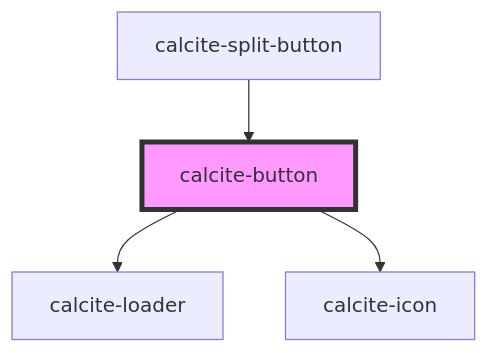
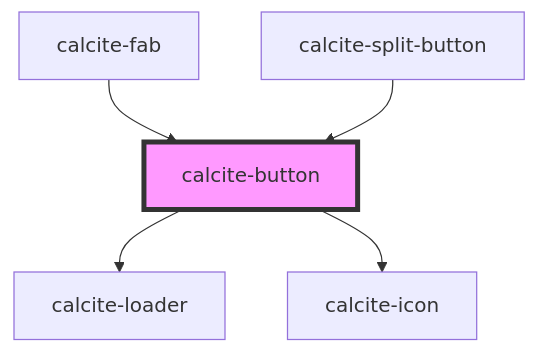
One commit to Esri/calcite-design-system changed the diagram in src/components/calcite-button/readme.md. Above: the diagram before and after it, drawn with Mermaid. The commit also changed other lines of this file and 27 other files, not shown here.

````diff
--- a/src/components/calcite-button/readme.md
+++ b/src/components/calcite-button/readme.md
@@ -53,7 +48,8 @@
 ```mermaid
 graph TD;
   calcite-button --> calcite-loader
   calcite-button --> calcite-icon
+  calcite-fab --> calcite-button
   calcite-split-button --> calcite-button
   style calcite-button fill:#f9f,stroke:#333,stroke-width:4px
 ```
````
